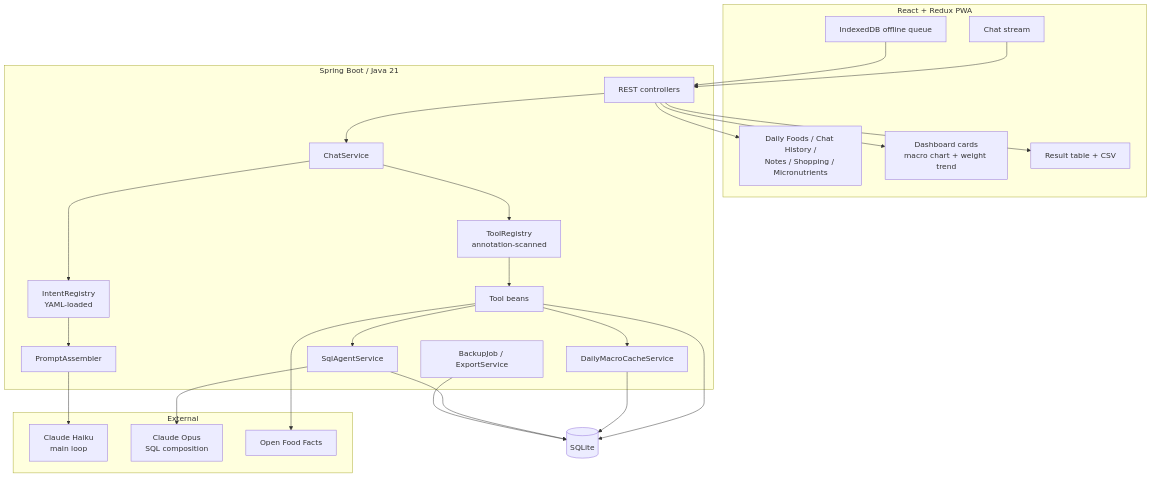
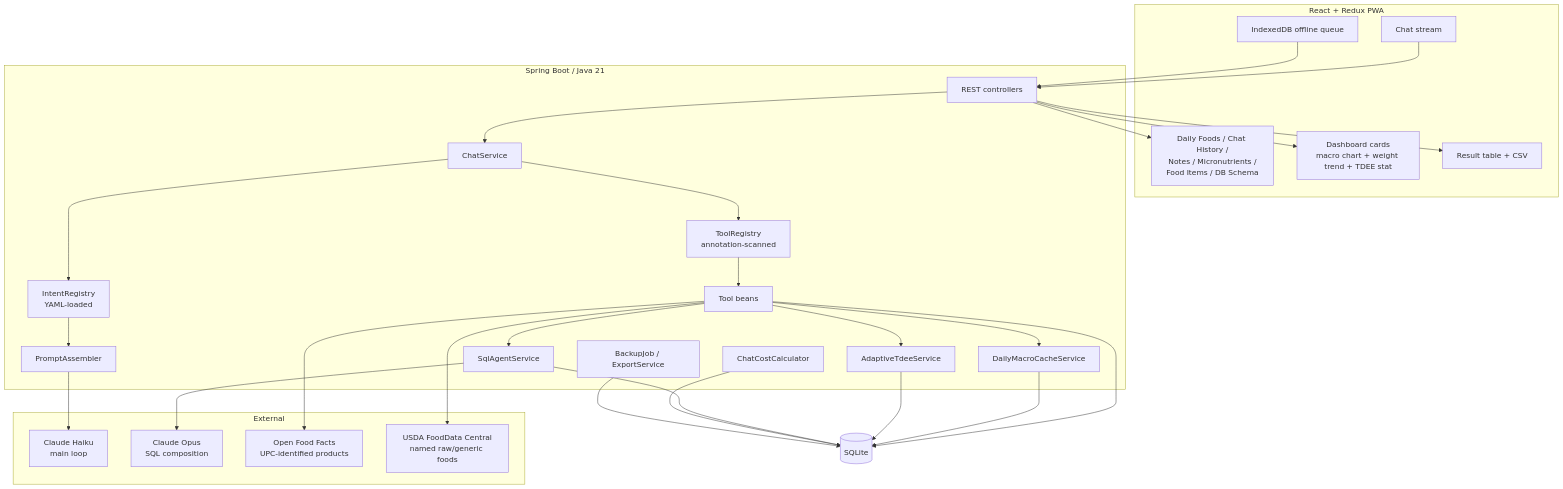
Before and after one commit to rodmxw11/chat-diet-open: the first of 6 diagrams in SPEC.md, drawn with Mermaid. The commit also changed other lines of this file, not shown here.

````diff
--- a/SPEC.md
+++ b/SPEC.md
@@ -71,50 +72,57 @@
 ```mermaid
 graph TB
     subgraph Client["React + Redux PWA"]
         Chat[Chat stream]
-        Pages[Daily Foods / Chat History /<br/>Notes / Shopping / Micronutrients]
-        Dashboard[Dashboard cards<br/>macro chart + weight trend]
+        Pages[Daily Foods / Chat History /<br/>Notes / Micronutrients /<br/>Food Items / DB Schema]
+        Dashboard[Dashboard cards<br/>macro chart + weight trend + TDEE stat]
         Queue[IndexedDB offline queue]
         Tables[Result table + CSV]
     end
 
     subgraph Backend["Spring Boot / Java 21"]
         API[REST controllers]
         CS[ChatService]
         IR[IntentRegistry<br/>YAML-loaded]
         PA[PromptAssembler]
         TR[ToolRegistry<br/>annotation-scanned]
         Tools[Tool beans]
         Cache[DailyMacroCacheService]
         SQL[SqlAgentService]
+        TDEE[AdaptiveTdeeService]
+        Cost[ChatCostCalculator]
         Backup[BackupJob / ExportService]
     end
 
     subgraph External["External"]
         Haiku[Claude Haiku<br/>main loop]
         Opus[Claude Opus<br/>SQL composition]
-        OFF[Open Food Facts]
+        OFF[Open Food Facts<br/>UPC-identified products]
+        FDC[USDA FoodData Central<br/>named raw/generic foods]
     end
 
     DB[(SQLite)]
 
     Chat --> API
     Queue --> API
     API --> CS
     CS --> IR
     IR --> PA
     PA --> Haiku
     CS --> TR
     TR --> Tools
     Tools --> DB
     Tools --> Cache
     Cache --> DB
     Tools --> OFF
+    Tools --> FDC
     Tools --> SQL
+    Tools --> TDEE
+    TDEE --> DB
     SQL --> Opus
     SQL --> DB
+    Cost --> DB
     Backup --> DB
     API --> Pages
     API --> Dashboard
     API --> Tables
 ```
````
